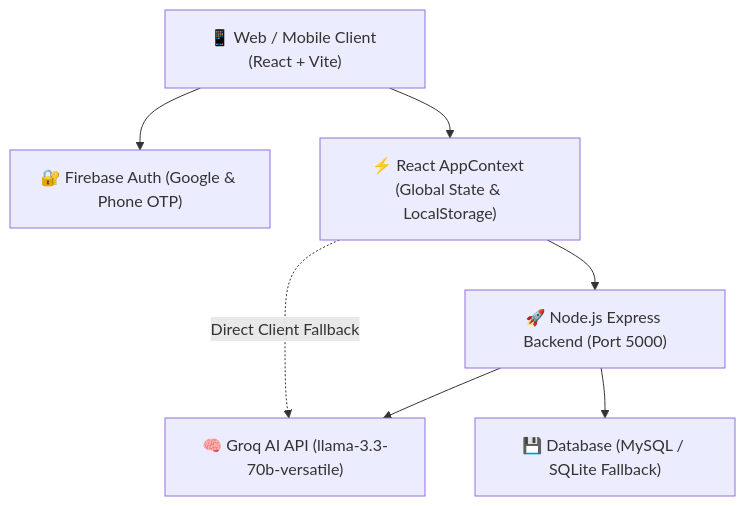
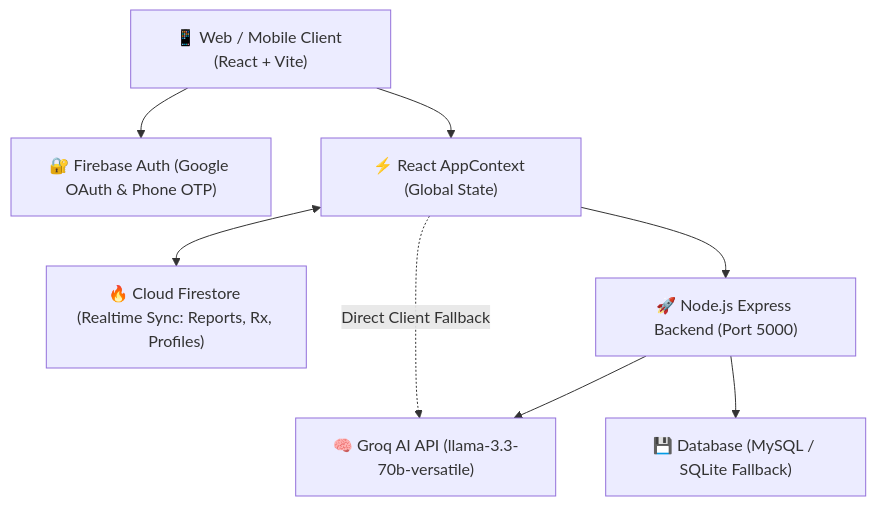
The diagram in README.md (Harsh-Patel-11/Smart-Disease-Prediction-System), drawn with Mermaid before and after one commit. The commit also changed other lines of this file and 31 other files, not shown here.

Commit message:
feat: complete platform refactor with passwordless auth, 3D landing page, cloud sync, and updated documentation

````diff
--- a/README.md
+++ b/README.md
@@ -60,9 +73,10 @@
 ```mermaid
 graph TD
-    User["📱 Web / Mobile Client (React + Vite)"] --> Auth["🔐 Firebase Auth (Google & Phone OTP)"]
-    User --> Context["⚡ React AppContext (Global State & LocalStorage)"]
-    Context --> Express["🚀 Node.js Express Backend (Port 5000)"]
+    User["📱 Web / Mobile Client (React + Vite)"] --> Auth["🔐 Firebase Auth (Google OAuth & Phone OTP)"]
+    User --> State["⚡ React AppContext (Global State)"]
+    State <--> Firestore["🔥 Cloud Firestore (Realtime Sync: Reports, Rx, Profiles)"]
+    State --> Express["🚀 Node.js Express Backend (Port 5000)"]
     Express --> Groq["🧠 Groq AI API (llama-3.3-70b-versatile)"]
     Express --> DB["💾 Database (MySQL / SQLite Fallback)"]
-    Context -. Direct Client Fallback .-> Groq
+    State -. Direct Client Fallback .-> Groq
 ```
````
